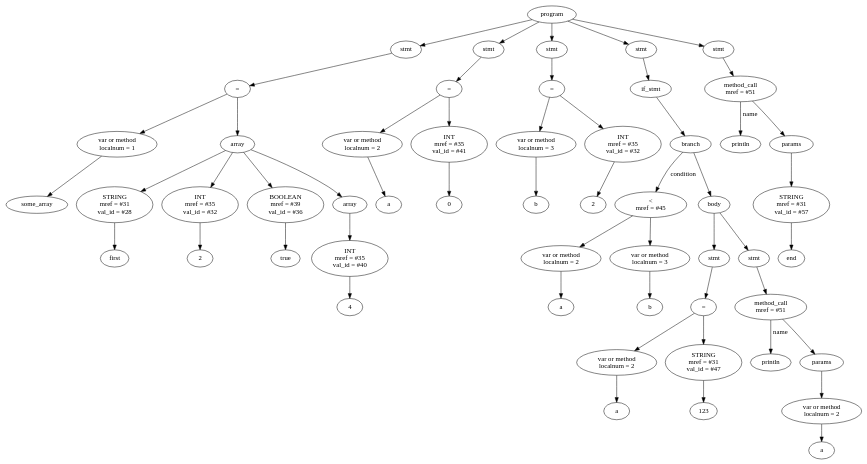
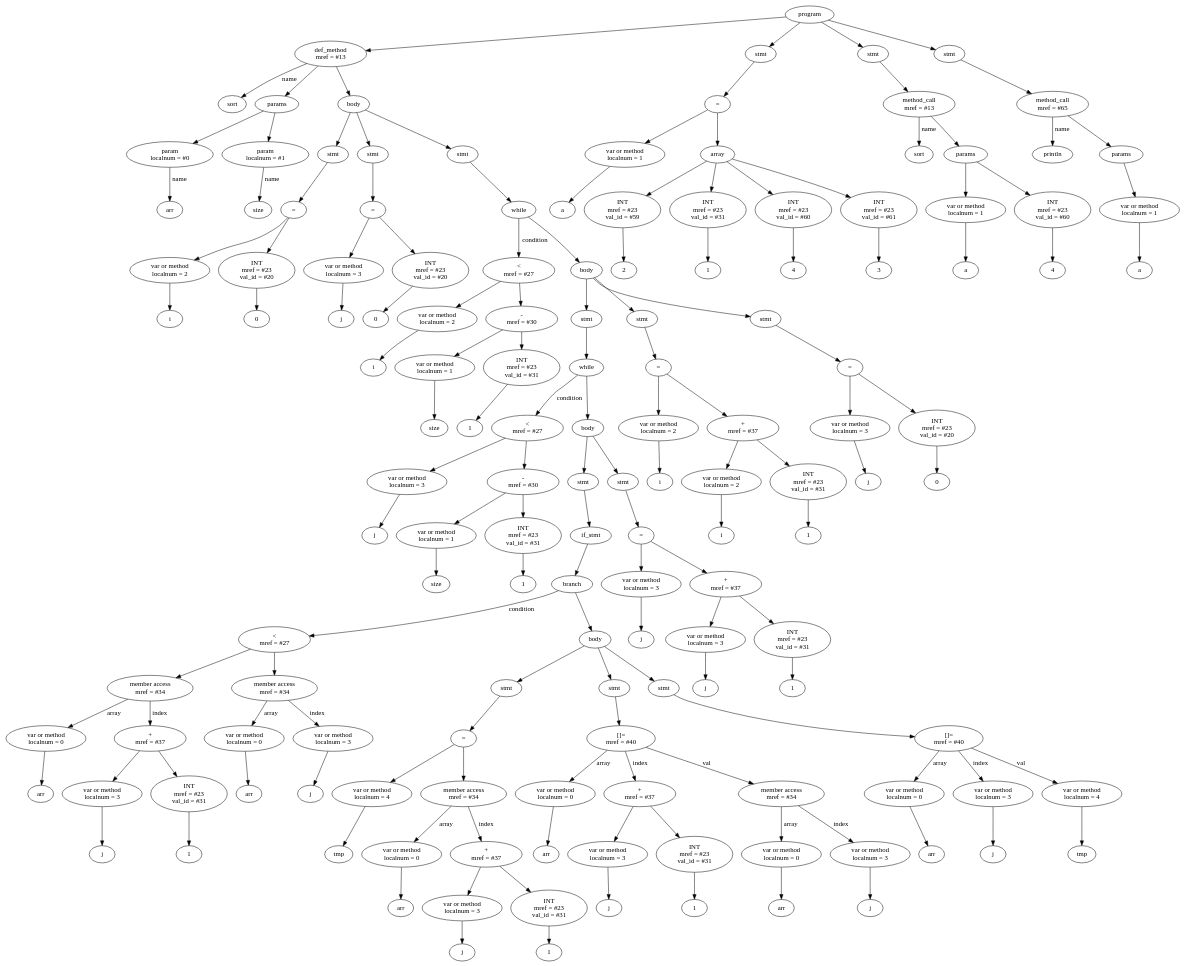
The diagram in RubyCompiler/tree.dot (vitek999/ruby_compiler), drawn with Graphviz before and after one commit. The commit also changed 3 other files, not shown here.

```diff
--- a/RubyCompiler/tree.dot
+++ b/RubyCompiler/tree.dot
@@ -1,109 +1,293 @@
 digraph G {
-Id016D5540 [label="program"]
-Id016D3FE0 [label="stmt"]
-Id016D3F70 [label="="]
-Id016C51E8 [label="var or method\n localnum = 1"]
-IdVal016C51E8 [label="some_array"]
-Id016C51E8->IdVal016C51E8
-Id016D3F00 [label = "array"]
-Id016D3CD0 [label="STRING\n mref = #31\n val_id = #28"]
-IdVal016D3CD0 [label="first"]
-Id016D3CD0->IdVal016D3CD0
-Id016D3F00->Id016D3CD0
-Id016D3D40 [label="INT\n mref = #35\n val_id = #32"]
-IdVal016D3D40 [label="2"]
-Id016D3D40->IdVal016D3D40
-Id016D3F00->Id016D3D40
-Id016D3DB0 [label="BOOLEAN\n mref = #39\n val_id = #36"]
-IdVal016D3DB0 [label="true"]
-Id016D3DB0->IdVal016D3DB0
-Id016D3F00->Id016D3DB0
-Id016D3E90 [label = "array"]
-Id016D3E20 [label="INT\n mref = #35\n val_id = #40"]
-IdVal016D3E20 [label="4"]
-Id016D3E20->IdVal016D3E20
-Id016D3E90->Id016D3E20
-Id016D3F00->Id016D3E90
-Id016D3F70->Id016C51E8
-Id016D3F70->Id016D3F00
-Id016D3FE0->Id016D3F70
-Id016D5540->Id016D3FE0
-Id016D4588 [label="stmt"]
-Id016D4150 [label="="]
-Id016D4070 [label="var or method\n localnum = 2"]
-IdVal016D4070 [label="a"]
-Id016D4070->IdVal016D4070
-Id016D40E0 [label="INT\n mref = #35\n val_id = #41"]
-IdVal016D40E0 [label="0"]
-Id016D40E0->IdVal016D40E0
-Id016D4150->Id016D4070
-Id016D4150->Id016D40E0
-Id016D4588->Id016D4150
-Id016D5540->Id016D4588
-Id016D4498 [label="stmt"]
-Id016D5240 [label="="]
-Id016D4A38 [label="var or method\n localnum = 3"]
-IdVal016D4A38 [label="b"]
-Id016D4A38->IdVal016D4A38
-Id016D4AA8 [label="INT\n mref = #35\n val_id = #32"]
-IdVal016D4AA8 [label="2"]
-Id016D4AA8->IdVal016D4AA8
-Id016D5240->Id016D4A38
-Id016D5240->Id016D4AA8
-Id016D4498->Id016D5240
-Id016D5540->Id016D4498
-Id016D4448 [label="stmt"]
-Id016D5450 [label="if_stmt"]
-Id016CDFA0 [label="branch"]
-Id016D51D0 [label="<\n mref = #45"]
-Id016D4D00 [label="var or method\n localnum = 2"]
-IdVal016D4D00 [label="a"]
-Id016D4D00->IdVal016D4D00
-Id016D4C90 [label="var or method\n localnum = 3"]
-IdVal016D4C90 [label="b"]
-Id016D4C90->IdVal016D4C90
-Id016D51D0->Id016D4D00
-Id016D51D0->Id016D4C90
-Id016CDFA0->Id016D51D0  [label="condition"]
-IdBody016CDFA0 [label="body"]
-Id016D4678 [label="stmt"]
-Id016D4D70 [label="="]
-Id016D52B0 [label="var or method\n localnum = 2"]
-IdVal016D52B0 [label="a"]
-Id016D52B0->IdVal016D52B0
-Id016D4B40 [label="STRING\n mref = #31\n val_id = #47"]
-IdVal016D4B40 [label="123"]
-Id016D4B40->IdVal016D4B40
-Id016D4D70->Id016D52B0
-Id016D4D70->Id016D4B40
-Id016D4678->Id016D4D70
-IdBody016CDFA0->Id016D4678
-Id016D43A8 [label="stmt"]
-Id016D4E50 [label="method_call\n mref = #51"]
-IdMethodNameVal016D4E50 [label="println"]
-Id016D4E50->IdMethodNameVal016D4E50 [label="name"]
-Id016CE400 [label="params"]
-Id016D4E50->Id016CE400
-Id016D4DE0 [label="var or method\n localnum = 2"]
-IdVal016D4DE0 [label="a"]
-Id016D4DE0->IdVal016D4DE0
-Id016CE400->Id016D4DE0
-Id016D43A8->Id016D4E50
-IdBody016CDFA0->Id016D43A8
-Id016CDFA0->IdBody016CDFA0
-Id016D5450->Id016CDFA0
-Id016D4448->Id016D5450
-Id016D5540->Id016D4448
-Id016D4308 [label="stmt"]
-Id016D4F30 [label="method_call\n mref = #51"]
-IdMethodNameVal016D4F30 [label="println"]
-Id016D4F30->IdMethodNameVal016D4F30 [label="name"]
-Id016CE588 [label="params"]
-Id016D4F30->Id016CE588
-Id016D4EC0 [label="STRING\n mref = #31\n val_id = #57"]
-IdVal016D4EC0 [label="end"]
-Id016D4EC0->IdVal016D4EC0
-Id016CE588->Id016D4EC0
-Id016D4308->Id016D4F30
-Id016D5540->Id016D4308
+Id00EB5720 [label="program"]
+Id00EB6878 [label="def_method\n mref = #13"]
+IdName00EB6878 [label="sort"]
+Id00EB6878->IdName00EB6878 [label = "name"]
+Id00EAE820 [label="params"]
+Id00EACD28 [label="param\n localnum = #0"]
+Id00EAE820->Id00EACD28
+IdNameVal00EACD28 [label="arr"]
+Id00EACD28->IdNameVal00EACD28 [label="name"]
+Id00EACD68 [label="param\n localnum = #1"]
+Id00EAE820->Id00EACD68
+IdNameVal00EACD68 [label="size"]
+Id00EACD68->IdNameVal00EACD68 [label="name"]
+Id00EB6878->Id00EAE820
+Id00EAE158 [label="body"]
+Id00EB3E78 [label="stmt"]
+Id00EB3DD8 [label="="]
+Id00EAD0F8 [label="var or method\n localnum = 2"]
+IdVal00EAD0F8 [label="i"]
+Id00EAD0F8->IdVal00EAD0F8
+Id00EAD168 [label="INT\n mref = #23\n val_id = #20"]
+IdVal00EAD168 [label="0"]
+Id00EAD168->IdVal00EAD168
+Id00EB3DD8->Id00EAD0F8
+Id00EB3DD8->Id00EAD168
+Id00EB3E78->Id00EB3DD8
+Id00EAE158->Id00EB3E78
+Id00EB4220 [label="stmt"]
+Id00EB3FA8 [label="="]
+Id00EB3EC8 [label="var or method\n localnum = 3"]
+IdVal00EB3EC8 [label="j"]
+Id00EB3EC8->IdVal00EB3EC8
+Id00EB3F38 [label="INT\n mref = #23\n val_id = #20"]
+IdVal00EB3F38 [label="0"]
+Id00EB3F38->IdVal00EB3F38
+Id00EB3FA8->Id00EB3EC8
+Id00EB3FA8->Id00EB3F38
+Id00EB4220->Id00EB3FA8
+Id00EAE158->Id00EB4220
+Id00EB4590 [label="stmt"]
+Id00EAE238 [label="while"]
+Id00EB4A10 [label="<\n mref = #27"]
+Id00EB4850 [label="var or method\n localnum = 2"]
+IdVal00EB4850 [label="i"]
+Id00EB4850->IdVal00EB4850
+Id00EB49A0 [label="-\n mref = #30"]
+Id00EB48C0 [label="var or method\n localnum = 1"]
+IdVal00EB48C0 [label="size"]
+Id00EB48C0->IdVal00EB48C0
+Id00EB4930 [label="INT\n mref = #23\n val_id = #31"]
+IdVal00EB4930 [label="1"]
+Id00EB4930->IdVal00EB4930
+Id00EB49A0->Id00EB48C0
+Id00EB49A0->Id00EB4930
+Id00EB4A10->Id00EB4850
+Id00EB4A10->Id00EB49A0
+Id00EAE238->Id00EB4A10 [label="condition"]
+Id00EAE778 [label="body"]
+Id00EAE238->Id00EAE778
+Id00EB42C0 [label="stmt"]
+Id00EAE270 [label="while"]
+Id00EB4D08 [label="<\n mref = #27"]
+Id00EB4AB0 [label="var or method\n localnum = 3"]
+IdVal00EB4AB0 [label="j"]
+Id00EB4AB0->IdVal00EB4AB0
+Id00EB51D8 [label="-\n mref = #30"]
+Id00EB4B20 [label="var or method\n localnum = 1"]
+IdVal00EB4B20 [label="size"]
+Id00EB4B20->IdVal00EB4B20
+Id00EB5168 [label="INT\n mref = #23\n val_id = #31"]
+IdVal00EB5168 [label="1"]
+Id00EB5168->IdVal00EB5168
+Id00EB51D8->Id00EB4B20
+Id00EB51D8->Id00EB5168
+Id00EB4D08->Id00EB4AB0
+Id00EB4D08->Id00EB51D8
+Id00EAE270->Id00EB4D08 [label="condition"]
+Id00EAE6D0 [label="body"]
+Id00EAE270->Id00EAE6D0
+Id00EB4450 [label="stmt"]
+Id00EB6838 [label="if_stmt"]
+Id00EAE7B0 [label="branch"]
+Id00EB5018 [label="<\n mref = #27"]
+Id00EB4D78 [label = "member access\n mref = #34"]
+Id00EB4F38 [label="var or method\n localnum = 0"]
+IdVal00EB4F38 [label="arr"]
+Id00EB4F38->IdVal00EB4F38
+Id00EB4C98 [label="+\n mref = #37"]
+Id00EB5088 [label="var or method\n localnum = 3"]
+IdVal00EB5088 [label="j"]
+Id00EB5088->IdVal00EB5088
+Id00EB4E58 [label="INT\n mref = #23\n val_id = #31"]
+IdVal00EB4E58 [label="1"]
+Id00EB4E58->IdVal00EB4E58
+Id00EB4C98->Id00EB5088
+Id00EB4C98->Id00EB4E58
+Id00EB4D78->Id00EB4F38 [label = "array"]
+Id00EB4D78->Id00EB4C98 [label = "index"]
+Id00EB4EC8 [label = "member access\n mref = #34"]
+Id00EB52B8 [label="var or method\n localnum = 0"]
+IdVal00EB52B8 [label="arr"]
+Id00EB52B8->IdVal00EB52B8
+Id00EB5248 [label="var or method\n localnum = 3"]
+IdVal00EB5248 [label="j"]
+Id00EB5248->IdVal00EB5248
+Id00EB4EC8->Id00EB52B8 [label = "array"]
+Id00EB4EC8->Id00EB5248 [label = "index"]
+Id00EB5018->Id00EB4D78
+Id00EB5018->Id00EB4EC8
+Id00EAE7B0->Id00EB5018  [label="condition"]
+IdBody00EAE7B0 [label="body"]
+Id00EB4040 [label="stmt"]
+Id00EB5E80 [label="="]
+Id00EB4DE8 [label="var or method\n localnum = 4"]
+IdVal00EB4DE8 [label="tmp"]
+Id00EB4DE8->IdVal00EB4DE8
+Id00EB4C28 [label = "member access\n mref = #34"]
+Id00EB4FA8 [label="var or method\n localnum = 0"]
+IdVal00EB4FA8 [label="arr"]
+Id00EB4FA8->IdVal00EB4FA8
+Id00EB4BB8 [label="+\n mref = #37"]
+Id00EB5328 [label="var or method\n localnum = 3"]
+IdVal00EB5328 [label="j"]
+Id00EB5328->IdVal00EB5328
+Id00EB50F8 [label="INT\n mref = #23\n val_id = #31"]
+IdVal00EB50F8 [label="1"]
+Id00EB50F8->IdVal00EB50F8
+Id00EB4BB8->Id00EB5328
+Id00EB4BB8->Id00EB50F8
+Id00EB4C28->Id00EB4FA8 [label = "array"]
+Id00EB4C28->Id00EB4BB8 [label = "index"]
+Id00EB5E80->Id00EB4DE8
+Id00EB5E80->Id00EB4C28
+Id00EB4040->Id00EB5E80
+IdBody00EAE7B0->Id00EB4040
+Id00EB4270 [label="stmt"]
+Id00EB5C50 [label="[]=\nmref = #40"]
+Id00EB6350 [label="var or method\n localnum = 0"]
+IdVal00EB6350 [label="arr"]
+Id00EB6350->IdVal00EB6350
+Id00EB5C50->Id00EB6350 [label = "array"]
+Id00EB6120 [label="+\n mref = #37"]
+Id00EB63C0 [label="var or method\n localnum = 3"]
+IdVal00EB63C0 [label="j"]
+Id00EB63C0->IdVal00EB63C0
+Id00EB5860 [label="INT\n mref = #23\n val_id = #31"]
+IdVal00EB5860 [label="1"]
+Id00EB5860->IdVal00EB5860
+Id00EB6120->Id00EB63C0
+Id00EB6120->Id00EB5860
+Id00EB5C50->Id00EB6120 [label = "index"]
+Id00EB65F0 [label = "member access\n mref = #34"]
+Id00EB5D30 [label="var or method\n localnum = 0"]
+IdVal00EB5D30 [label="arr"]
+Id00EB5D30->IdVal00EB5D30
+Id00EB6430 [label="var or method\n localnum = 3"]
+IdVal00EB6430 [label="j"]
+Id00EB6430->IdVal00EB6430
+Id00EB65F0->Id00EB5D30 [label = "array"]
+Id00EB65F0->Id00EB6430 [label = "index"]
+Id00EB5C50->Id00EB65F0 [label = "val"]
+Id00EB4270->Id00EB5C50
+IdBody00EAE7B0->Id00EB4270
+Id00EB4770 [label="stmt"]
+Id00EB5DA0 [label="[]=\nmref = #40"]
+Id00EB5CC0 [label="var or method\n localnum = 0"]
+IdVal00EB5CC0 [label="arr"]
+Id00EB5CC0->IdVal00EB5CC0
+Id00EB5DA0->Id00EB5CC0 [label = "array"]
+Id00EB6200 [label="var or method\n localnum = 3"]
+IdVal00EB6200 [label="j"]
+Id00EB6200->IdVal00EB6200
+Id00EB5DA0->Id00EB6200 [label = "index"]
+Id00EB62E0 [label="var or method\n localnum = 4"]
+IdVal00EB62E0 [label="tmp"]
+Id00EB62E0->IdVal00EB62E0
+Id00EB5DA0->Id00EB62E0 [label = "val"]
+Id00EB4770->Id00EB5DA0
+IdBody00EAE7B0->Id00EB4770
+Id00EAE7B0->IdBody00EAE7B0
+Id00EB6838->Id00EAE7B0
+Id00EB4450->Id00EB6838
+Id00EAE6D0->Id00EB4450
+Id00EB4090 [label="stmt"]
+Id00EB6510 [label="="]
+Id00EB64A0 [label="var or method\n localnum = 3"]
+IdVal00EB64A0 [label="j"]
+Id00EB64A0->IdVal00EB64A0
+Id00EB5E10 [label="+\n mref = #37"]
+Id00EB5F60 [label="var or method\n localnum = 3"]
+IdVal00EB5F60 [label="j"]
+Id00EB5F60->IdVal00EB5F60
+Id00EB5A20 [label="INT\n mref = #23\n val_id = #31"]
+IdVal00EB5A20 [label="1"]
+Id00EB5A20->IdVal00EB5A20
+Id00EB5E10->Id00EB5F60
+Id00EB5E10->Id00EB5A20
+Id00EB6510->Id00EB64A0
+Id00EB6510->Id00EB5E10
+Id00EB4090->Id00EB6510
+Id00EAE6D0->Id00EB4090
+Id00EB42C0->Id00EAE270
+Id00EAE778->Id00EB42C0
+Id00EB4720 [label="stmt"]
+Id00EB6190 [label="="]
+Id00EB6580 [label="var or method\n localnum = 2"]
+IdVal00EB6580 [label="i"]
+Id00EB6580->IdVal00EB6580
+Id00EB5FD0 [label="+\n mref = #37"]
+Id00EB5940 [label="var or method\n localnum = 2"]
+IdVal00EB5940 [label="i"]
+Id00EB5940->IdVal00EB5940
+Id00EB58D0 [label="INT\n mref = #23\n val_id = #31"]
+IdVal00EB58D0 [label="1"]
+Id00EB58D0->IdVal00EB58D0
+Id00EB5FD0->Id00EB5940
+Id00EB5FD0->Id00EB58D0
+Id00EB6190->Id00EB6580
+Id00EB6190->Id00EB5FD0
+Id00EB4720->Id00EB6190
+Id00EAE778->Id00EB4720
+Id00EB47C0 [label="stmt"]
+Id00EB5A90 [label="="]
+Id00EB59B0 [label="var or method\n localnum = 3"]
+IdVal00EB59B0 [label="j"]
+Id00EB59B0->IdVal00EB59B0
+Id00EB6040 [label="INT\n mref = #23\n val_id = #20"]
+IdVal00EB6040 [label="0"]
+Id00EB6040->IdVal00EB6040
+Id00EB5A90->Id00EB59B0
+Id00EB5A90->Id00EB6040
+Id00EB47C0->Id00EB5A90
+Id00EAE778->Id00EB47C0
+Id00EB4590->Id00EAE238
+Id00EAE158->Id00EB4590
+Id00EB6878->Id00EAE158
+Id00EB5720->Id00EB6878
+Id00EB4540 [label="stmt"]
+Id00EB6740 [label="="]
+Id00EB5B00 [label="var or method\n localnum = 1"]
+IdVal00EB5B00 [label="a"]
+Id00EB5B00->IdVal00EB5B00
+Id00EB66D0 [label = "array"]
+Id00EB60B0 [label="INT\n mref = #23\n val_id = #59"]
+IdVal00EB60B0 [label="2"]
+Id00EB60B0->IdVal00EB60B0
+Id00EB66D0->Id00EB60B0
+Id00EB5B70 [label="INT\n mref = #23\n val_id = #31"]
+IdVal00EB5B70 [label="1"]
+Id00EB5B70->IdVal00EB5B70
+Id00EB66D0->Id00EB5B70
+Id00EB5BE0 [label="INT\n mref = #23\n val_id = #60"]
+IdVal00EB5BE0 [label="4"]
+Id00EB5BE0->IdVal00EB5BE0
+Id00EB66D0->Id00EB5BE0
+Id00EB6660 [label="INT\n mref = #23\n val_id = #61"]
+IdVal00EB6660 [label="3"]
+Id00EB6660->IdVal00EB6660
+Id00EB66D0->Id00EB6660
+Id00EB6740->Id00EB5B00
+Id00EB6740->Id00EB66D0
+Id00EB4540->Id00EB6740
+Id00EB5720->Id00EB4540
+Id00EB40E0 [label="stmt"]
+Id00EB75A8 [label="method_call\n mref = #13"]
+IdMethodNameVal00EB75A8 [label="sort"]
+Id00EB75A8->IdMethodNameVal00EB75A8 [label="name"]
+Id00EAE1C8 [label="params"]
+Id00EB75A8->Id00EAE1C8
+Id00EB67B0 [label="var or method\n localnum = 1"]
+IdVal00EB67B0 [label="a"]
+Id00EB67B0->IdVal00EB67B0
+Id00EAE1C8->Id00EB67B0
+Id00EB73E8 [label="INT\n mref = #23\n val_id = #60"]
+IdVal00EB73E8 [label="4"]
+Id00EB73E8->IdVal00EB73E8
+Id00EAE1C8->Id00EB73E8
+Id00EB40E0->Id00EB75A8
+Id00EB5720->Id00EB40E0
+Id00EB4360 [label="stmt"]
+Id00EB7618 [label="method_call\n mref = #65"]
+IdMethodNameVal00EB7618 [label="println"]
+Id00EB7618->IdMethodNameVal00EB7618 [label="name"]
+Id00EAE2A8 [label="params"]
+Id00EB7618->Id00EAE2A8
+Id00EB6E38 [label="var or method\n localnum = 1"]
+IdVal00EB6E38 [label="a"]
+Id00EB6E38->IdVal00EB6E38
+Id00EAE2A8->Id00EB6E38
+Id00EB4360->Id00EB7618
+Id00EB5720->Id00EB4360
 }
```
